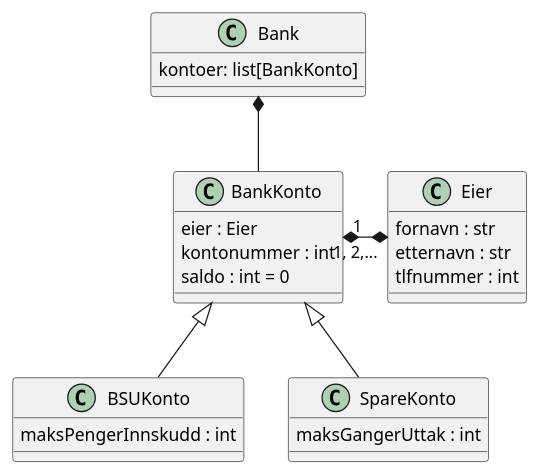
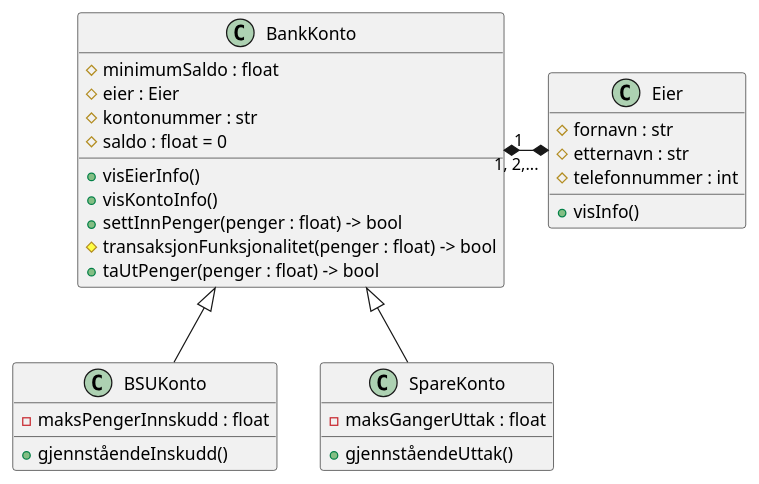
Before and after one commit to ThatG0y/Skole-innleveringer: the diagram in UML/Oppgave bank.plantuml, drawn with PlantUML. The commit also changed 1 other file, not shown here.

```diff
--- a/UML/Oppgave bank.plantuml
+++ b/UML/Oppgave bank.plantuml
@@ -1,28 +1,34 @@
 @startuml Bank
-class Bank{
-    kontoer: list[BankKonto]
-}
+
 class BankKonto{
-    eier : Eier
-    kontonummer : int
-    saldo : int = 0
+    #minimumSaldo : float
+    #eier : Eier
+    #kontonummer : str
+    #saldo : float = 0
+    +visEierInfo()
+    +visKontoInfo()
+    +settInnPenger(penger : float) -> bool
+    #transaksjonFunksjonalitet(penger : float) -> bool
+    +taUtPenger(penger : float) -> bool
 }
 class BSUKonto{
-    maksPengerInnskudd : int
+    -maksPengerInnskudd : float
+    +gjennståendeInskudd()
 }
 class SpareKonto{
-    maksGangerUttak : int
+    -maksGangerUttak : float
+    +gjennståendeUttak()
 }
 class Eier{
-    fornavn : str
-    etternavn : str
-    tlfnummer : int
+    #fornavn : str
+    #etternavn : str
+    #telefonnummer : int
+    +visInfo()
 }   
 
 SpareKonto -up-|> BankKonto
 BSUKonto -up-|> BankKonto
-BankKonto -up-* Bank
 Eier "1, 2,..." *-left-* "1" BankKonto
 
 
 @enduml
```
